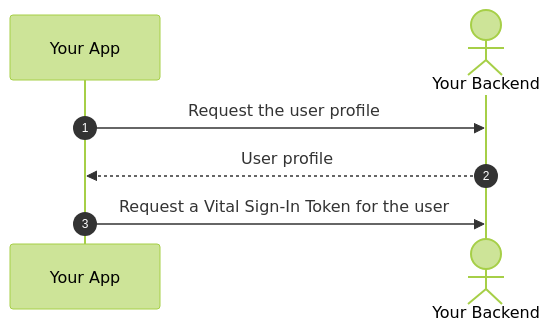
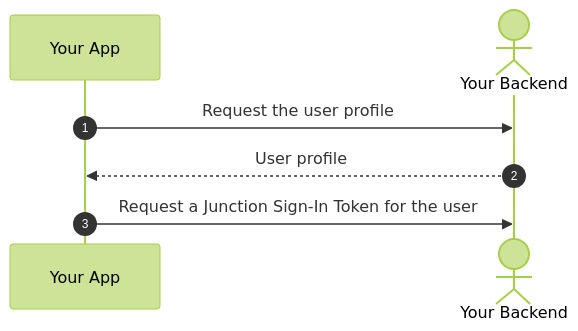
The second of 4 diagrams in docs/wearables/sdks/authentication.mdx (tryVital/docs), drawn with Mermaid (forest theme) before and after one commit. The commit also changed other lines of this file and 77 other files, not shown here.

Commit message:
Rename Vital -> Junction where applicable (#435)

````diff
--- a/docs/wearables/sdks/authentication.mdx
+++ b/docs/wearables/sdks/authentication.mdx
@@ -129,9 +129,9 @@
     ```mermaid
     sequenceDiagram
         participant Your App
         actor Your Backend
         autonumber
         Your App->>Your Backend: Request the user profile
         Your Backend-->>Your App: User profile
-        Your App->>Your Backend: Request a Vital Sign-In Token for the user
+        Your App->>Your Backend: Request a Junction Sign-In Token for the user
     ```
````
